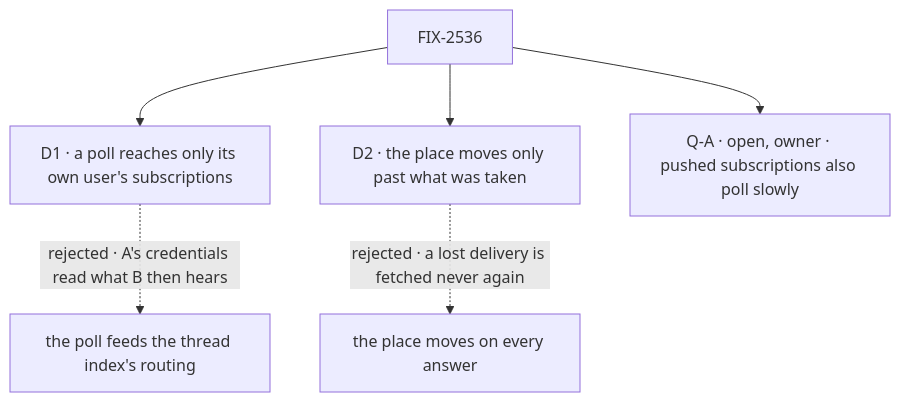
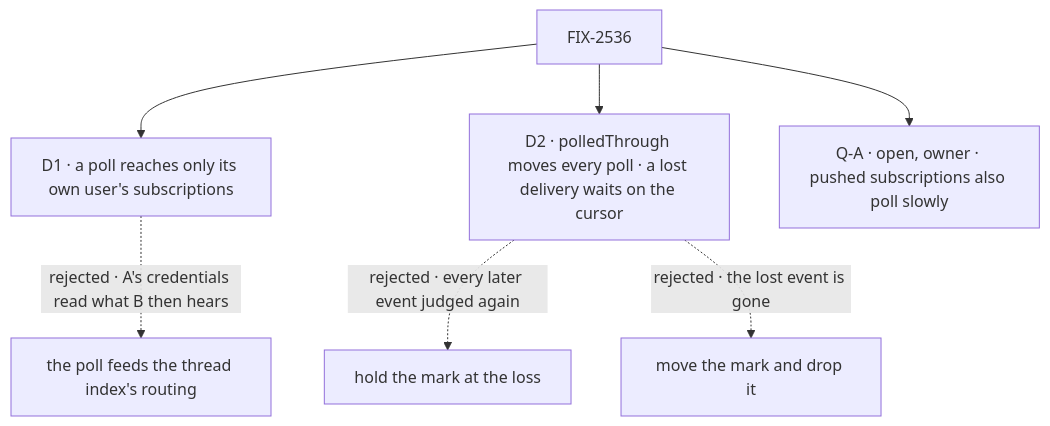
The diagram in specs/issues/FIX-2536/DECISIONS.md (fixpoint-labs/flow-state-dev), drawn with Mermaid before and after one commit. The commit also changed other lines of this file and 3 other files, not shown here.

First line of the commit message:
spec(FIX-2536): polledThrough is the seam with FIX-2537; a lost delivery waits on the cursor

````diff
--- a/specs/issues/FIX-2536/DECISIONS.md
+++ b/specs/issues/FIX-2536/DECISIONS.md
@@ -10,8 +10,9 @@
 ```mermaid
 flowchart TD
   I["FIX-2536"] --> D1["D1 · a poll reaches only its own user's subscriptions"]
   D1 -.->|"rejected · A's credentials read what B then hears"| X1["the poll feeds the thread index's routing"]
-  I --> D2["D2 · the place moves only past what was taken"]
-  D2 -.->|"rejected · a lost delivery is fetched never again"| X2["the place moves on every answer"]
+  I --> D2["D2 · polledThrough moves every poll · a lost delivery waits on the cursor"]
+  D2 -.->|"rejected · every later event judged again"| X2["hold the mark at the loss"]
+  D2 -.->|"rejected · the lost event is gone"| X3["move the mark and drop it"]
   I --> QA["Q-A · open, owner · pushed subscriptions also poll slowly"]
 ```
````
